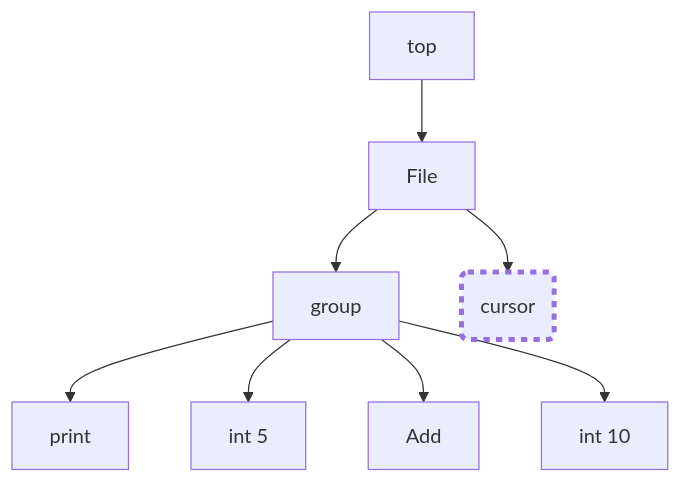
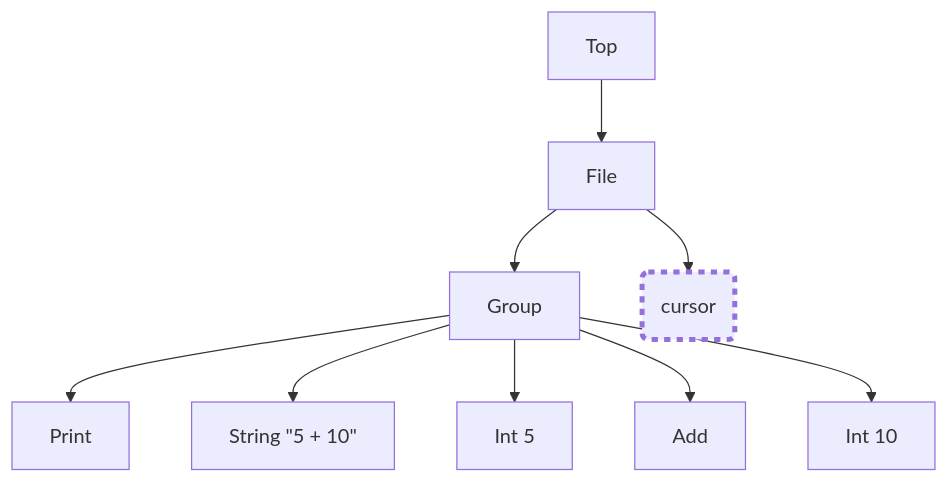
The ninth of 27 diagrams in samples/infix/README.md (microsoft/Trieste), drawn with Mermaid before and after one commit. The commit also changed other lines of this file and 1 other file, not shown here.

````diff
--- a/samples/infix/README.md
+++ b/samples/infix/README.md
@@ -336,11 +393,12 @@
 ``` mermaid
 graph TD;
-  A[top]-->B[File]
-  B-->C[group]
-  C-->D[print]
-  C-->E[int 5]
-  C-->F[Add]
-  C-->G[int 10]
-  B-->H(cursor):::cursor
+  A[Top]-->B[File]
+  B-->C[Group]
+  C-->D[Print]
+  C-->E["String #quot;5 + 10#quot;"]
+  C-->F[Int 5]
+  C-->G[Add]
+  C-->H[Int 10]
+  B-->I(cursor):::cursor
   classDef cursor stroke-width:4px,stroke-dasharray:5 5;
 ```
````
